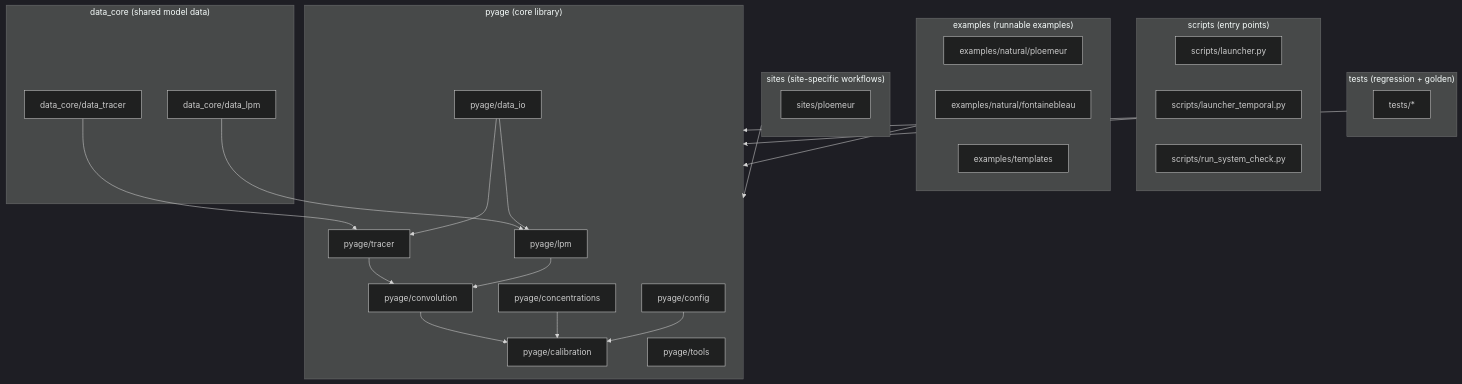
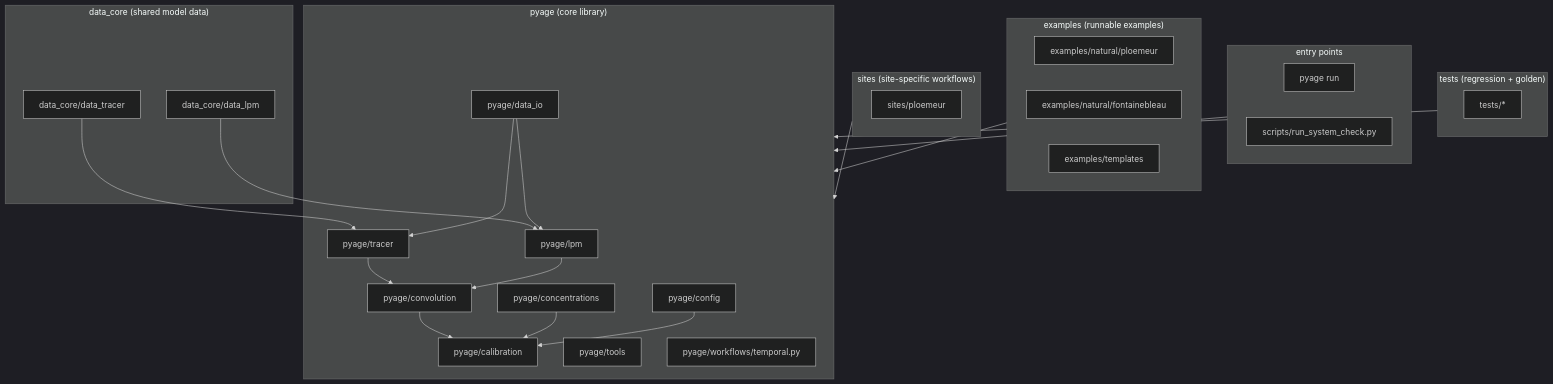
One commit to dreuzy/PyAges changed the diagram in docs/uml/architecture_overview.md. Above: the diagram before and after it, drawn with Mermaid (dark theme). The commit also changed 50 other files, not shown here.

Commit message:
docs: update guides and architecture

````diff
--- a/docs/uml/architecture_overview.md
+++ b/docs/uml/architecture_overview.md
@@ -3,53 +3,53 @@
 ```mermaid
 flowchart TB
   subgraph Core["pyage (core library)"]
     LPM[pyage/lpm]
     TRACER[pyage/tracer]
     CONV[pyage/convolution]
     CAL[pyage/calibration]
     CONC[pyage/concentrations]
     CFG[pyage/config]
     IO[pyage/data_io]
     TOOLS[pyage/tools]
+    TEMP[pyage/workflows/temporal.py]
   end
 
   subgraph Data["data_core (shared model data)"]
     LPMDATA[data_core/data_lpm]
     TRDATA[data_core/data_tracer]
   end
 
   subgraph Sites["sites (site-specific workflows)"]
     PLOEMEUR[sites/ploemeur]
   end
 
   subgraph Examples["examples (runnable examples)"]
     EXPL[examples/natural/ploemeur]
     EXFT[examples/natural/fontainebleau]
     EXTMP[examples/templates]
   end
 
-  subgraph Scripts["scripts (entry points)"]
-    LAUNCH[scripts/launcher.py]
-    LAUNCHT[scripts/launcher_temporal.py]
+  subgraph Scripts["entry points"]
+    LAUNCH[pyage run]
     CHECK[scripts/run_system_check.py]
   end
 
   subgraph Tests["tests (regression + golden)"]
     TESTS[tests/*]
   end
 
   LPMDATA --> LPM
   TRDATA --> TRACER
   TRACER --> CONV
   LPM --> CONV
   CONV --> CAL
   CONC --> CAL
   CFG --> CAL
   IO --> LPM
   IO --> TRACER
 
   Sites --> Core
   Examples --> Core
   Scripts --> Core
   Tests --> Core
 ```
````
